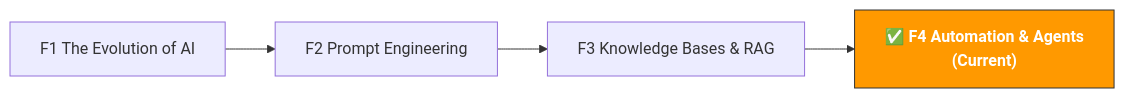
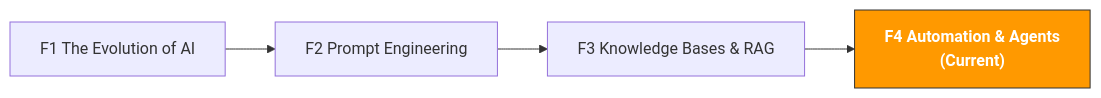
The diagram in en/paths/0-foundations/f4-agent-automation.md (kangise/ecommerce-ai-roadmap), drawn with Mermaid before and after one commit. The commit also changed other lines of this file and 185 other files, not shown here.

````diff
--- a/en/paths/0-foundations/f4-agent-automation.md
+++ b/en/paths/0-foundations/f4-agent-automation.md
@@ -15,11 +15,11 @@
 ```mermaid
 flowchart LR
-    F1["F1 The Evolution of AI"]
-    F1 --> F2
-    F2["F2 Prompt Engineering"]
-    F2 --> F3
-    F3["F3 Knowledge Bases & RAG"]
-    F3 --> F4
-    F4["✅ F4 Automation & Agents<br/>(Current)"]:::current
-    classDef current fill:#ff9900,stroke:#333,color:#fff,font-weight:bold
+F1["F1 The Evolution of AI"]
+F1 --> F2
+F2["F2 Prompt Engineering"]
+F2 --> F3
+F3["F3 Knowledge Bases & RAG"]
+F3 --> F4
+F4[" F4 Automation & Agents<br/>(Current)"]:::current
+classDef current fill:#ff9900,stroke:#333,color:#fff,font-weight:bold
 ```
````
